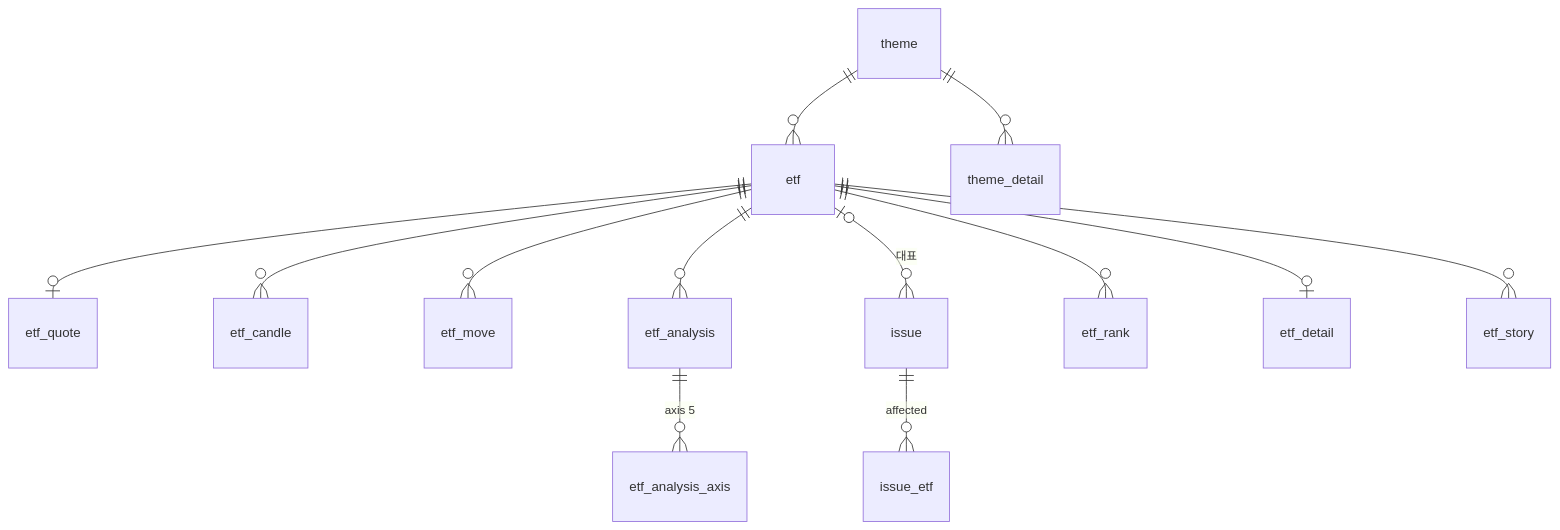
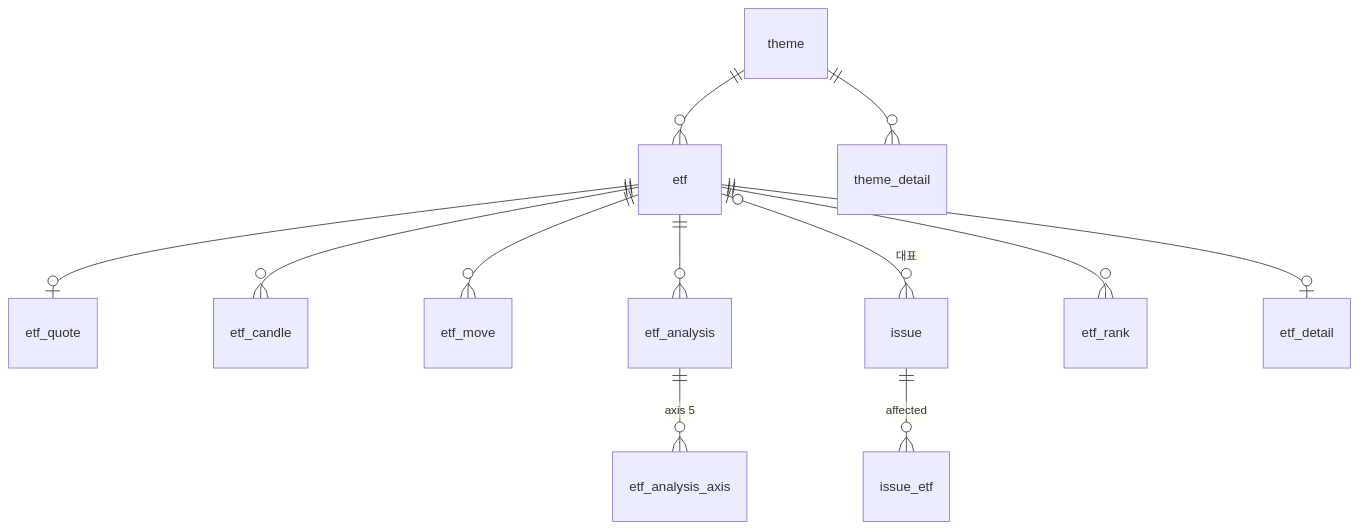
Before and after one commit to alphaeveryday/edge: the second of 2 diagrams in src/apps/cloud/app-api/docs/erd.md, drawn with Mermaid. The commit also changed other lines of this file, not shown here.

First line of the commit message:
docs(app-api): ERD 에서 etf_story 와 시트 규약 제거

````diff
--- a/src/apps/cloud/app-api/docs/erd.md
+++ b/src/apps/cloud/app-api/docs/erd.md
@@ -411,15 +399,14 @@
 ```mermaid
 erDiagram
     theme ||--o{ etf : ""
     etf ||--o| etf_quote : ""
     etf ||--o{ etf_candle : ""
     etf ||--o{ etf_move : ""
     etf ||--o{ etf_analysis : ""
     etf_analysis ||--o{ etf_analysis_axis : "axis 5"
     etf o|--o{ issue : "대표"
     issue ||--o{ issue_etf : "affected"
     theme ||--o{ theme_detail : ""
     etf ||--o{ etf_rank : ""
     etf ||--o| etf_detail : ""
-    etf ||--o{ etf_story : ""
 ```
````
